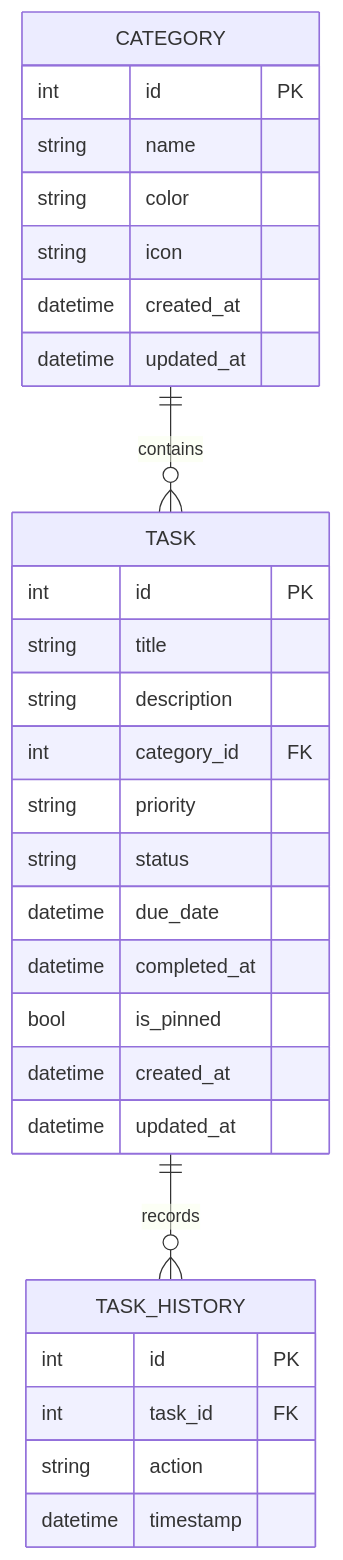
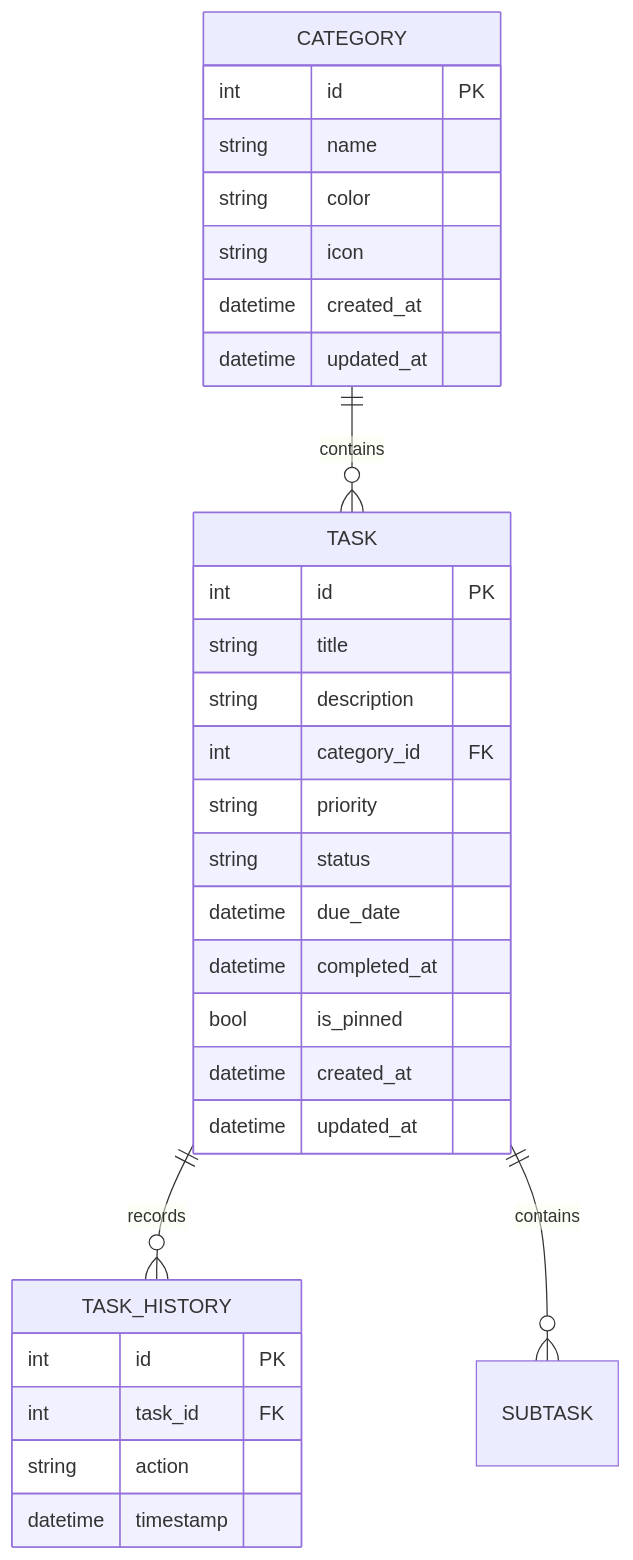
One commit to rinborobin/perductivity changed the diagram in context/SCHEMA.md. Above: the diagram before and after it, drawn with Mermaid. The commit also changed other lines of this file and 66 other files, not shown here.

````diff
--- a/context/SCHEMA.md
+++ b/context/SCHEMA.md
@@ -290,37 +340,39 @@
 ```mermaid
 erDiagram
 
 CATEGORY ||--o{ TASK : contains
 
 TASK ||--o{ TASK_HISTORY : records
+
+TASK ||--o{ SUBTASK : contains
 
 CATEGORY {
 int id PK
 string name
 string color
 string icon
 datetime created_at
 datetime updated_at
 }
 
 TASK {
 int id PK
 string title
 string description
 int category_id FK
 string priority
 string status
 datetime due_date
 datetime completed_at
 bool is_pinned
 datetime created_at
 datetime updated_at
 }
 
 TASK_HISTORY {
 int id PK
 int task_id FK
 string action
 datetime timestamp
 }
 ```
````
